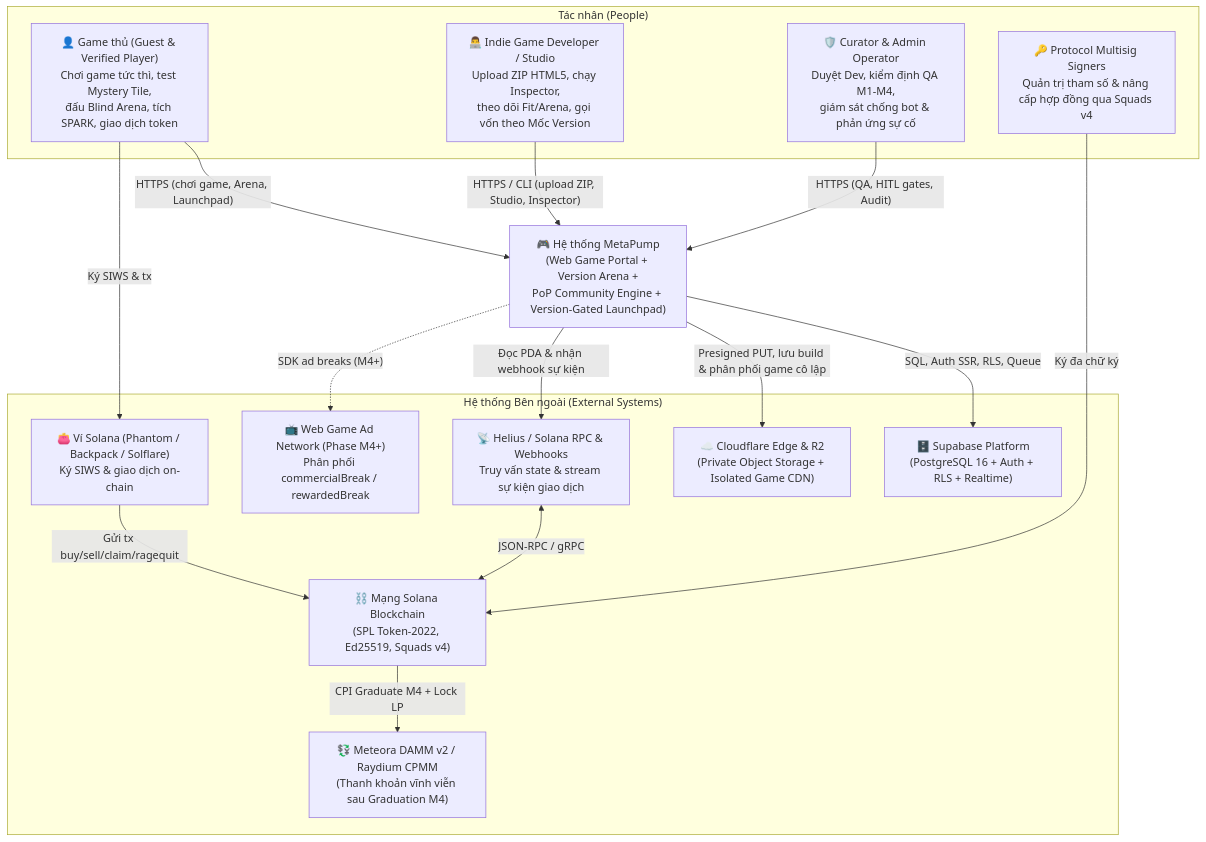
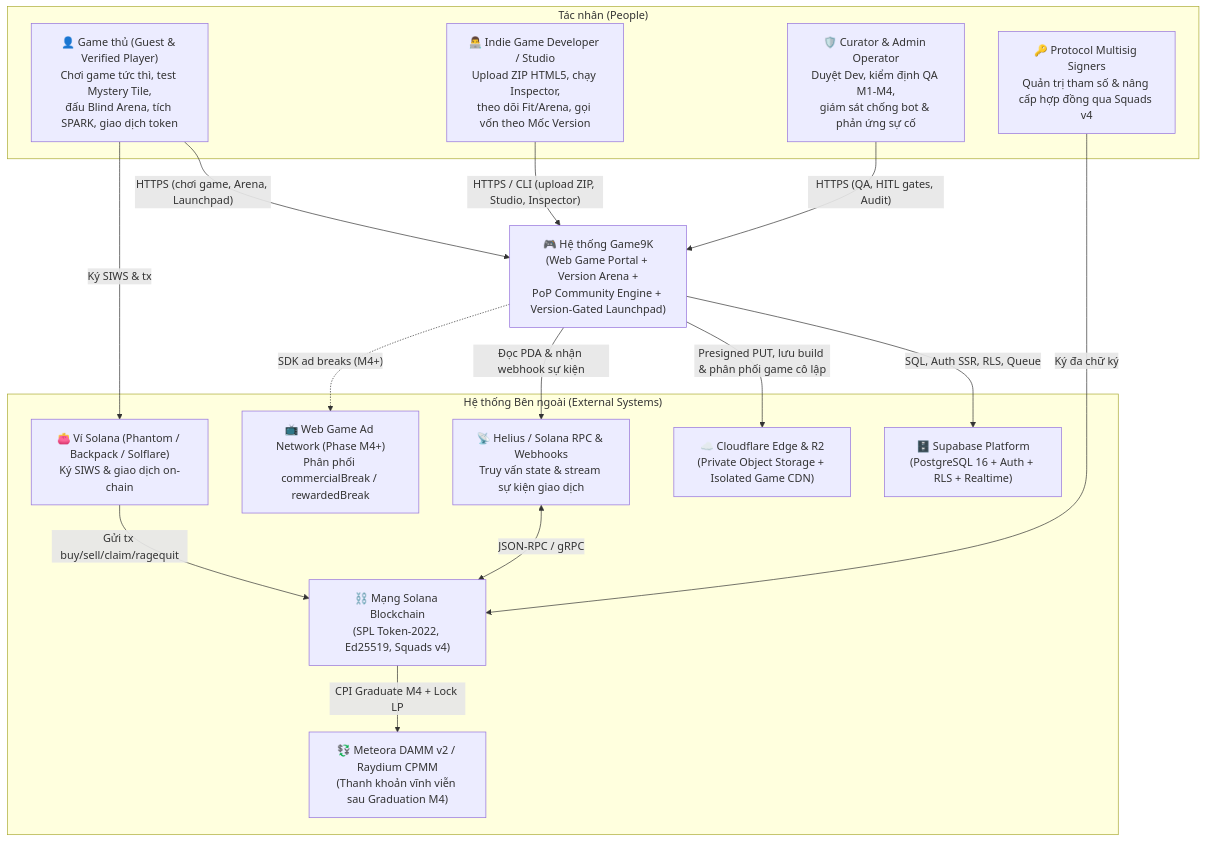
Before and after one commit to khanhlegood1/GameFun: the first of 4 diagrams in docs/05-c4-architecture-and-nfr.md, drawn with Mermaid. The commit also changed other lines of this file and 21 other files, not shown here.

First line of the commit message:
refactor(brand): rename the project to Game9K Funding Portal (game9k.com)

````diff
--- a/docs/05-c4-architecture-and-nfr.md
+++ b/docs/05-c4-architecture-and-nfr.md
@@ -13,35 +13,35 @@
 ```mermaid
 flowchart TB
     subgraph Actors["Tác nhân (People)"]
         Player["👤 Game thủ (Guest & Verified Player)<br/>Chơi game tức thì, test Mystery Tile,<br/>đấu Blind Arena, tích SPARK, giao dịch token"]
         Dev["👨‍💻 Indie Game Developer / Studio<br/>Upload ZIP HTML5, chạy Inspector,<br/>theo dõi Fit/Arena, gọi vốn theo Mốc Version"]
         Staff["🛡️ Curator & Admin Operator<br/>Duyệt Dev, kiểm định QA M1-M4,<br/>giám sát chống bot & phản ứng sự cố"]
         Council["🔑 Protocol Multisig Signers<br/>Quản trị tham số & nâng cấp hợp đồng qua Squads v4"]
     end
 
-    MP["🎮 Hệ thống MetaPump<br/>(Web Game Portal + Version Arena +<br/>PoP Community Engine + Version-Gated Launchpad)"]
+    MP["🎮 Hệ thống Game9K<br/>(Web Game Portal + Version Arena +<br/>PoP Community Engine + Version-Gated Launchpad)"]
 
     subgraph External["Hệ thống Bên ngoài (External Systems)"]
         Supa["🗄️ Supabase Platform<br/>(PostgreSQL 16 + Auth + RLS + Realtime)"]
         CF["☁️ Cloudflare Edge & R2<br/>(Private Object Storage + Isolated Game CDN)"]
         Sol["⛓️ Mạng Solana Blockchain<br/>(SPL Token-2022, Ed25519, Squads v4)"]
         DEX["💱 Meteora DAMM v2 / Raydium CPMM<br/>(Thanh khoản vĩnh viễn sau Graduation M4)"]
         Wallet["👛 Ví Solana (Phantom / Backpack / Solflare)<br/>Ký SIWS & giao dịch on-chain"]
         RPC["📡 Helius / Solana RPC & Webhooks<br/>Truy vấn state & stream sự kiện giao dịch"]
         Ads["📺 Web Game Ad Network (Phase M4+)<br/>Phân phối commercialBreak / rewardedBreak"]
     end
 
     Player -->|"HTTPS (chơi game, Arena, Launchpad)"| MP
     Player -->|"Ký SIWS & tx"| Wallet
     Dev -->|"HTTPS / CLI (upload ZIP, Studio, Inspector)"| MP
     Staff -->|"HTTPS (QA, HITL gates, Audit)"| MP
     Council -->|"Ký đa chữ ký"| Sol
 
     Wallet -->|"Gửi tx buy/sell/claim/ragequit"| Sol
     MP -->|"SQL, Auth SSR, RLS, Queue"| Supa
     MP -->|"Presigned PUT, lưu build & phân phối game cô lập"| CF
     MP -->|"Đọc PDA & nhận webhook sự kiện"| RPC
     RPC <-->|"JSON-RPC / gRPC"| Sol
     Sol -->|"CPI Graduate M4 + Lock LP"| DEX
     MP -.->|"SDK ad breaks (M4+)"| Ads
 ```
````
